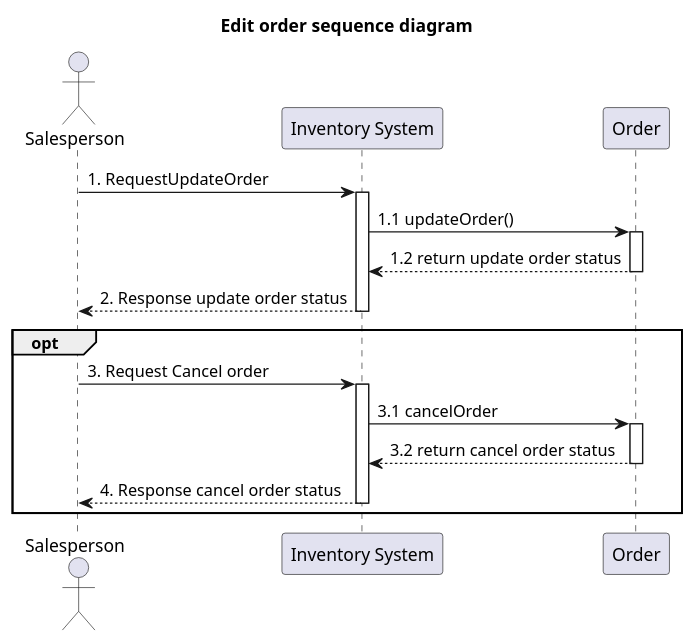
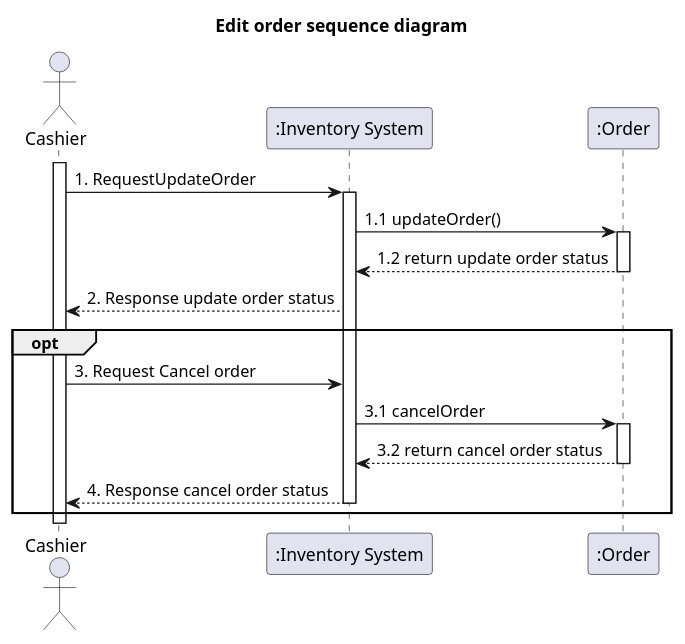
One commit to billowdev/inventory-system-plantuml-sequelize-seeder-example changed the diagram in system-analysis/sequence/_4_3_sequence-edit-order.puml. Above: the diagram before and after it, drawn with PlantUML. The commit also changed 22 other files, not shown here.

Commit message:
update sequence diagram and add overview sequence

```diff
--- a/system-analysis/sequence/_4_3_sequence-edit-order.puml
+++ b/system-analysis/sequence/_4_3_sequence-edit-order.puml
@@ -1,40 +1,38 @@
 @startuml
 'example
 title Edit order sequence diagram
 
-actor Salesperson as actorSalesperson
-participant "Inventory System" as InventorySystem
-'participant "Inventory" as classStock
-participant "Order" as classOrder
+actor Cashier as actorCashier
+participant ":Inventory System" as InventorySystem
+participant ":Order" as classOrder
 
-actorSalesperson -> InventorySystem: 1. RequestUpdateOrder
+activate actorCashier
+
+actorCashier -> InventorySystem: 1. RequestUpdateOrder
 activate InventorySystem
 
 InventorySystem -> classOrder: 1.1 updateOrder()
 activate classOrder
 
 classOrder --> InventorySystem: 1.2 return update order status
 deactivate classOrder
 
-InventorySystem --> actorSalesperson : 2. Response update order status
-
-deactivate InventorySystem
-
+InventorySystem --> actorCashier : 2. Response update order status
 opt
 
-actorSalesperson -> InventorySystem: 3. Request Cancel order
-activate InventorySystem
+actorCashier -> InventorySystem: 3. Request Cancel order
+
 
 InventorySystem -> classOrder: 3.1 cancelOrder
 activate classOrder
 
 classOrder --> InventorySystem: 3.2 return cancel order status
 deactivate classOrder
 
-InventorySystem --> actorSalesperson: 4. Response cancel order status
+InventorySystem --> actorCashier: 4. Response cancel order status
 deactivate InventorySystem
 
 end
 
 
 @enduml
```
